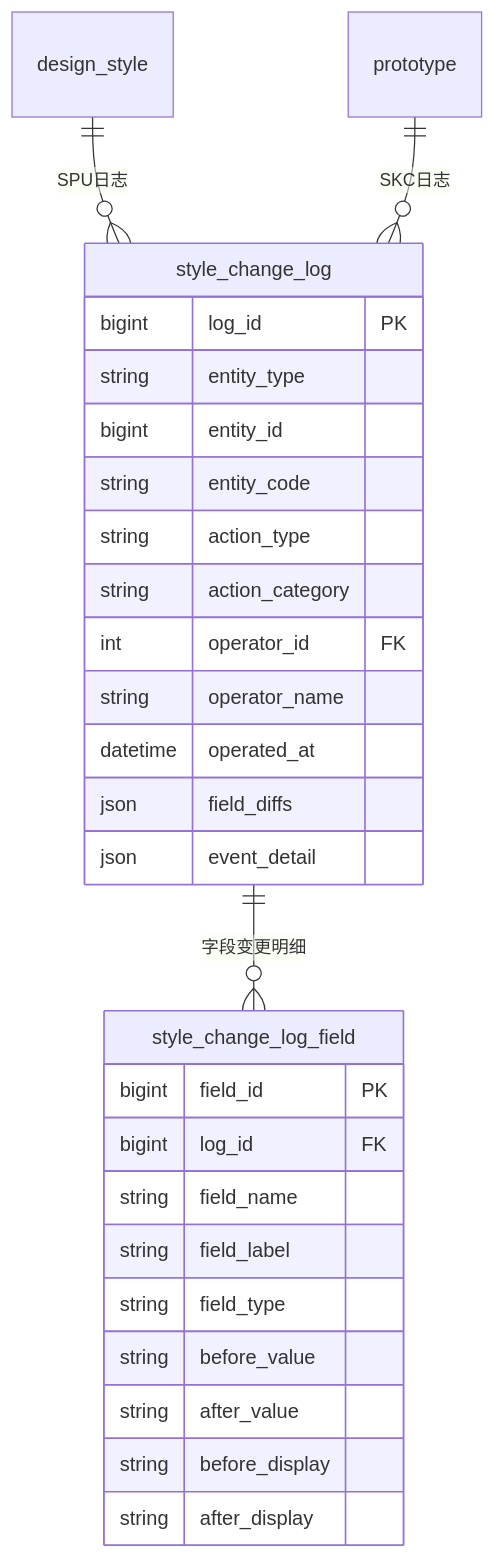
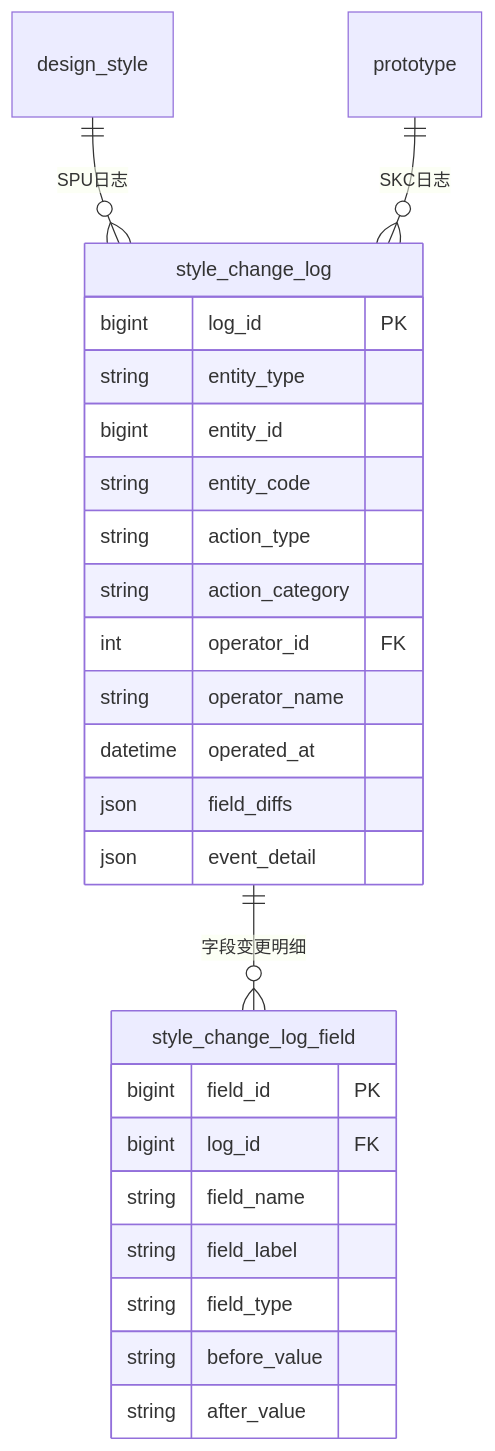
One commit to lin15622159201-arch/sdp-prd changed the second of 2 diagrams in modules/v2.8.0/style-log-center.md. Above: the diagram before and after it, drawn with Mermaid. The commit also changed other lines of this file and 3 other files, not shown here.

````diff
--- a/modules/v2.8.0/style-log-center.md
+++ b/modules/v2.8.0/style-log-center.md
@@ -132,30 +132,29 @@
 ```mermaid
 erDiagram
     style_change_log {
         bigint log_id PK
         string entity_type
         bigint entity_id
         string entity_code
         string action_type
         string action_category
         int operator_id FK
         string operator_name
         datetime operated_at
         json field_diffs
         json event_detail
     }
     style_change_log_field {
         bigint field_id PK
         bigint log_id FK
         string field_name
         string field_label
         string field_type
         string before_value
         string after_value
-        string before_display
-        string after_display
+   
     }
     design_style ||--o{ style_change_log : "SPU日志"
     prototype ||--o{ style_change_log : "SKC日志"
     style_change_log ||--o{ style_change_log_field : "字段变更明细"
 ```
````
